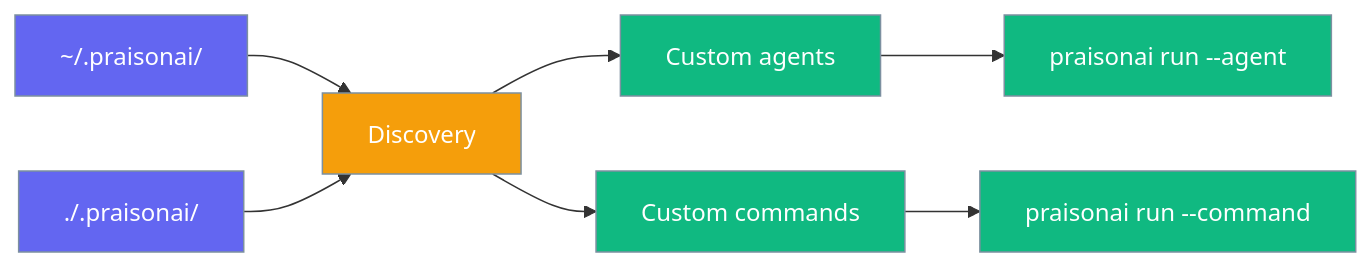
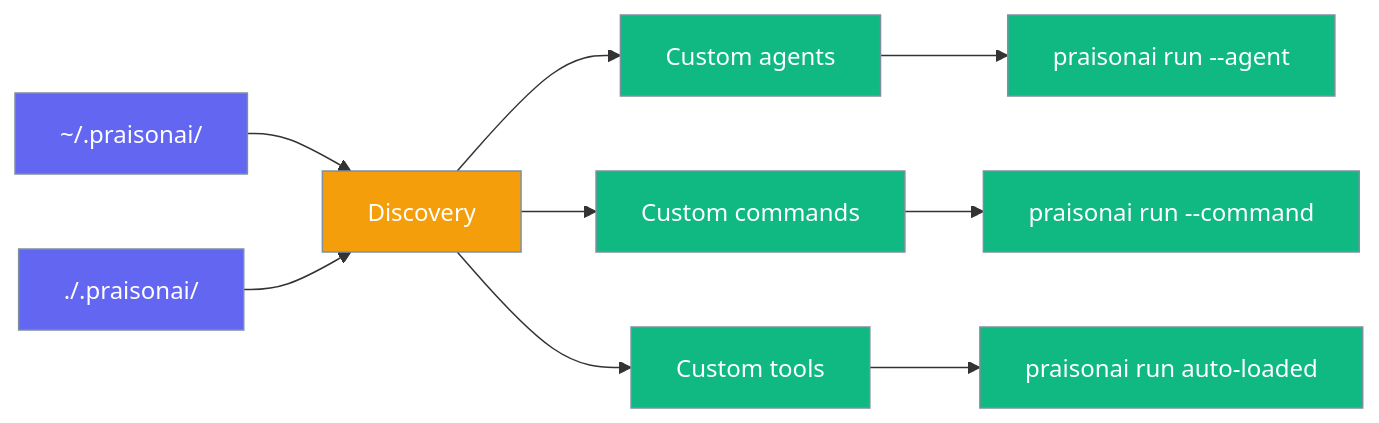
The first of 5 diagrams in docs/features/custom-agents-commands.mdx (MervinPraison/PraisonAIDocs), drawn with Mermaid before and after one commit. The commit also changed other lines of this file and 2 other files, not shown here.

First line of the commit message:
docs: document auto-loaded .praisonai/tools/*.py project-local tools (fixes #1994)

````diff
--- a/docs/features/custom-agents-commands.mdx
+++ b/docs/features/custom-agents-commands.mdx
@@ -21,18 +21,20 @@
 ```mermaid
 graph LR
     U[~/.praisonai/] --> D[Discovery]
     P[./.praisonai/] --> D
     D --> A[Custom agents]
     D --> C[Custom commands]
+    D --> T[Custom tools]
     A --> R[praisonai run --agent]
     C --> RC[praisonai run --command]
+    T --> RT[praisonai run auto-loaded]
 
     classDef dir fill:#6366F1,stroke:#7C90A0,color:#fff
     classDef discover fill:#F59E0B,stroke:#7C90A0,color:#fff
     classDef run fill:#10B981,stroke:#7C90A0,color:#fff
 
     class U,P dir
     class D discover
-    class A,C,R,RC run
+    class A,C,T,R,RC,RT run
 
 ```
````
